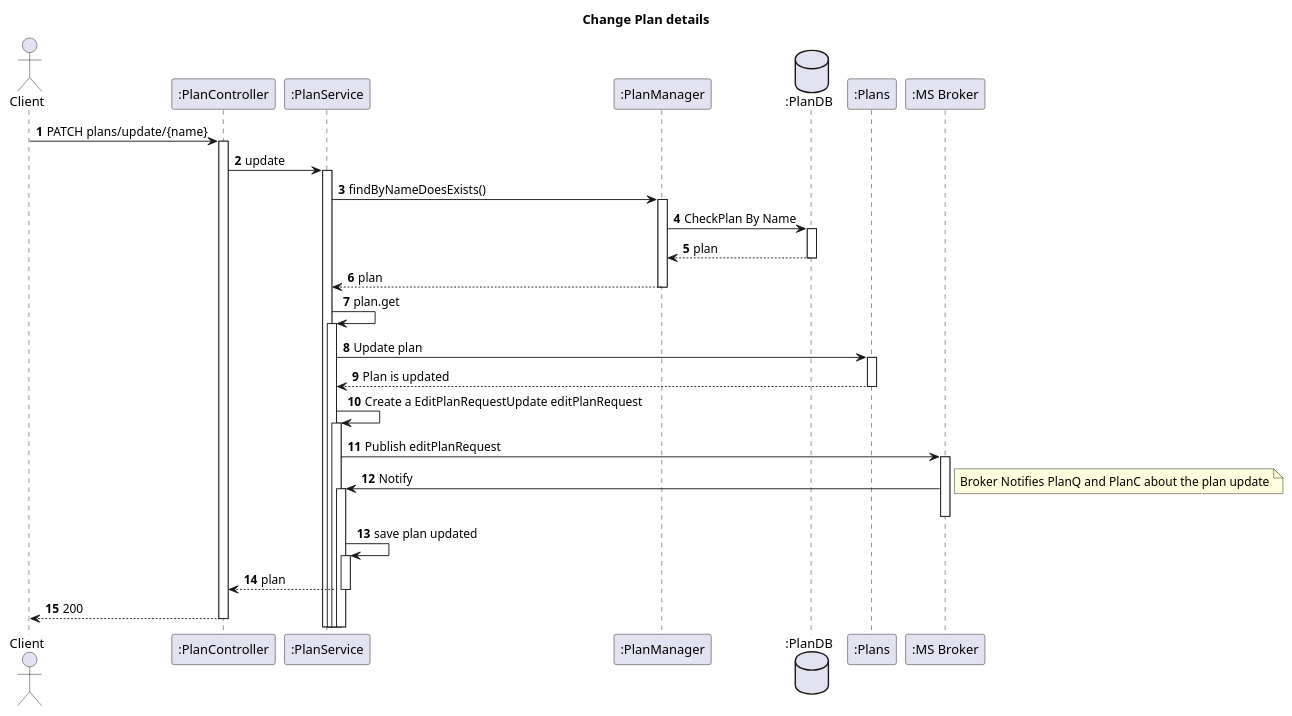
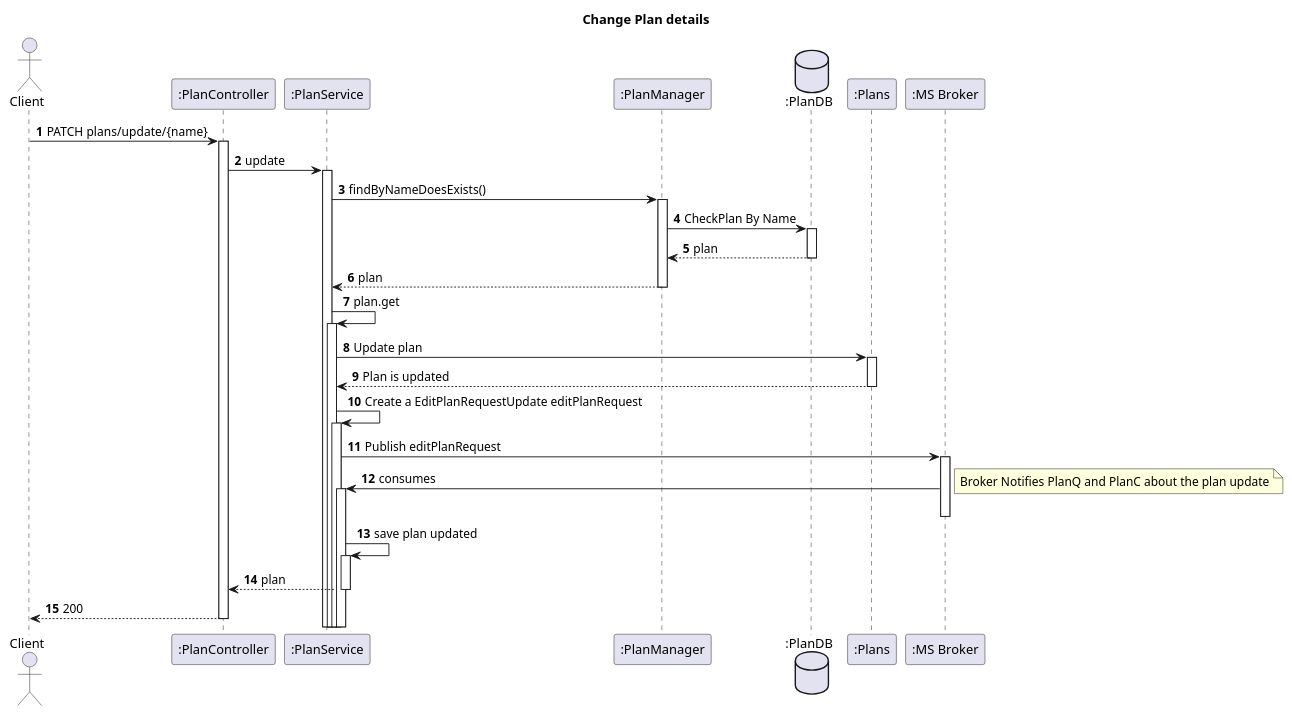
One commit to IsepMartimOliveira/SIDIS changed the diagram in docs_sidis/Segunda_Avalição/Plans/Vista_Logica/N3/UserPlanInteractionUpdate.puml. Above: the diagram before and after it, drawn with PlantUML. The commit also changed 1 other file, not shown here.

```diff
--- a/docs_sidis/Segunda_Avalição/Plans/Vista_Logica/N3/UserPlanInteractionUpdate.puml
+++ b/docs_sidis/Segunda_Avalição/Plans/Vista_Logica/N3/UserPlanInteractionUpdate.puml
@@ -1,44 +1,44 @@
 @startuml
 'https://plantuml.com/sequence-diagram
 autoactivate on
 autonumber
 title  Change Plan details
 
 autonumber
 
 actor "Client" as Ac
 participant ":PlanController" as PlanController
 participant ":PlanService" as PService
 participant ":PlanManager" as PManager
 database ":PlanDB" as PDB
 participant ":Plans" as Plan
 participant ":MS Broker" as Broker
 
 
 
 
 
 
 Ac->PlanController:PATCH plans/update/{name}
 PlanController->PService:update
 PService->PManager:findByNameDoesExists()
 PManager->PDB:CheckPlan By Name
 PDB-->PManager:plan
 PManager-->PService:plan
 PService->PService:plan.get
 PService->Plan:Update plan
 Plan-->PService:Plan is updated
 PService->PService: Create a EditPlanRequestUpdate editPlanRequest
 PService->Broker:Publish editPlanRequest
-Broker->PService:Notify
+Broker->PService:consumes
 deactivate Broker
 note right
 Broker Notifies PlanQ and PlanC about the plan update
 end note
 PService->PService:save plan updated
 PService-->PlanController:plan
 PlanController-->Ac:200
 
 
 
 @enduml
```
